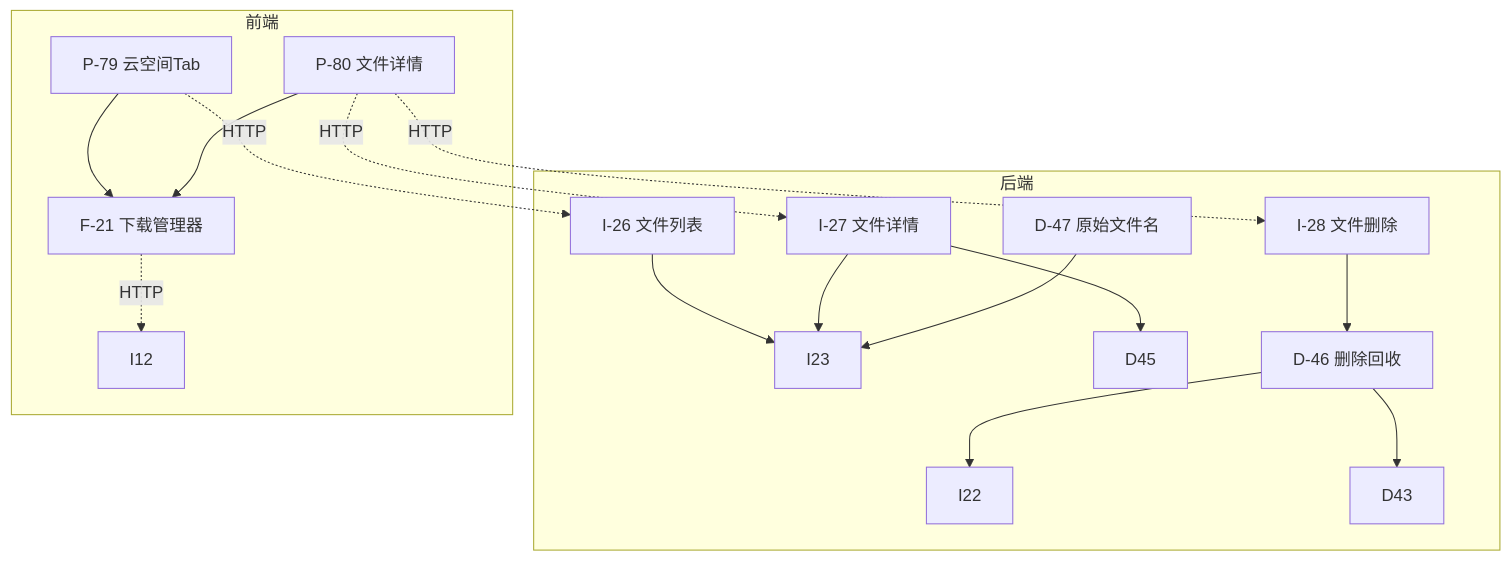
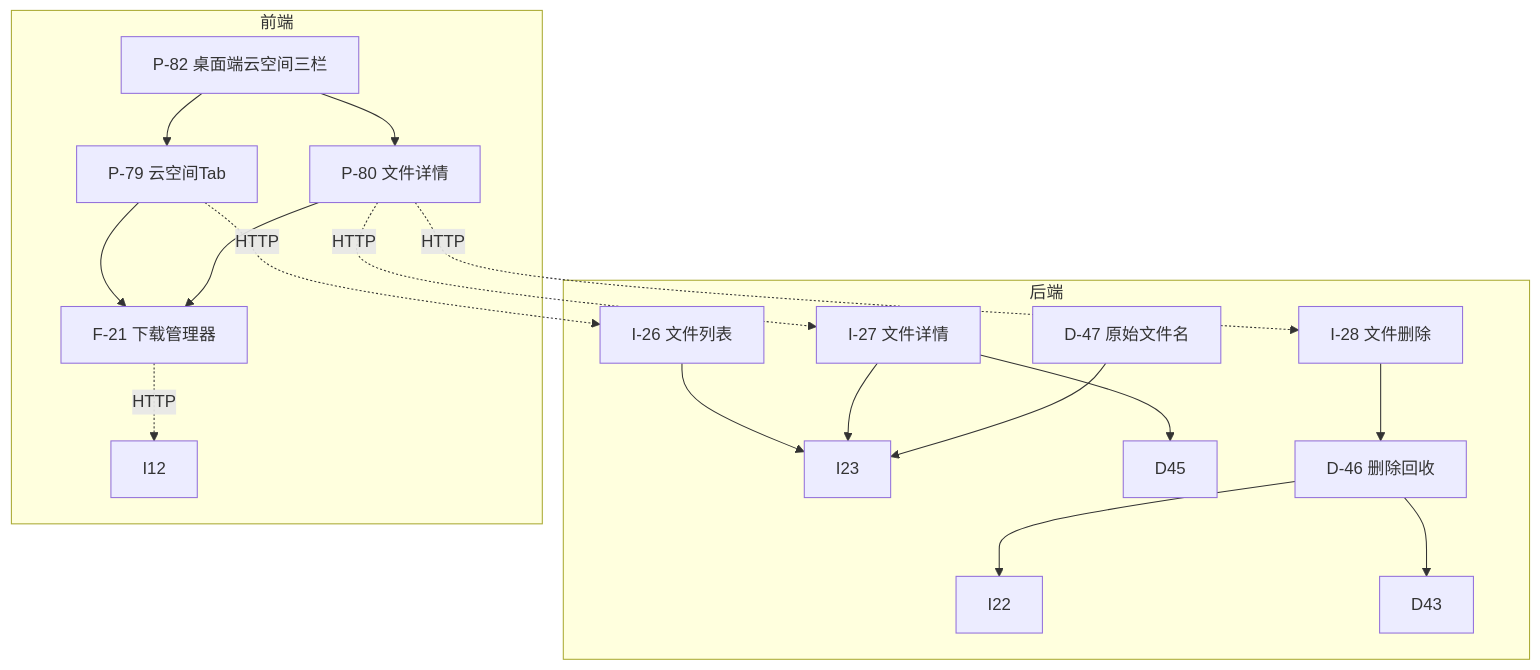
One commit to toly1994328/flash_im_by_ai changed the seventh of 7 diagrams in docs/features/archiver/index.md. Above: the diagram before and after it, drawn with Mermaid. The commit also changed other lines of this file and 22 other files, not shown here.

````diff
--- a/docs/features/archiver/index.md
+++ b/docs/features/archiver/index.md
@@ -432,20 +433,22 @@
 ```mermaid
 graph TB
     subgraph 后端
         I26[I-26 文件列表] --> I23
         I27[I-27 文件详情] --> I23
         I27 --> D45
         I28[I-28 文件删除] --> D46[D-46 删除回收]
         D46 --> I22
         D46 --> D43
         D47[D-47 原始文件名] --> I23
     end
     subgraph 前端
         F21[F-21 下载管理器] -.->|HTTP| I12
         P79[P-79 云空间Tab] -.->|HTTP| I26
         P79 --> F21
         P80[P-80 文件详情] -.->|HTTP| I27
         P80 --> F21
         P80 -.->|HTTP| I28
+        P82[P-82 桌面端云空间三栏] --> P79
+        P82 --> P80
     end
 ```
````
